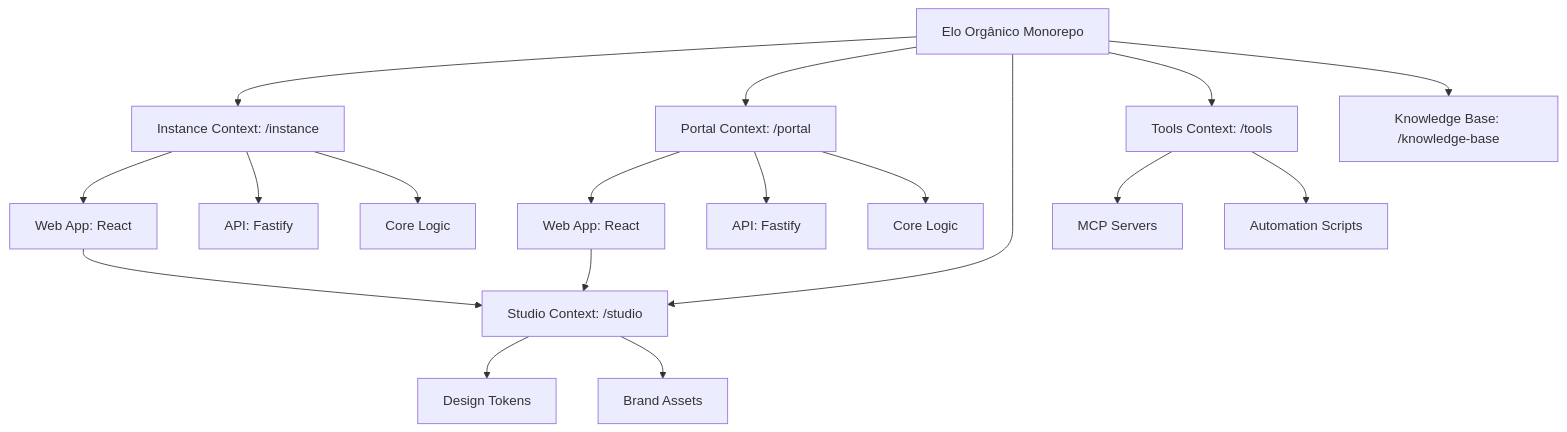
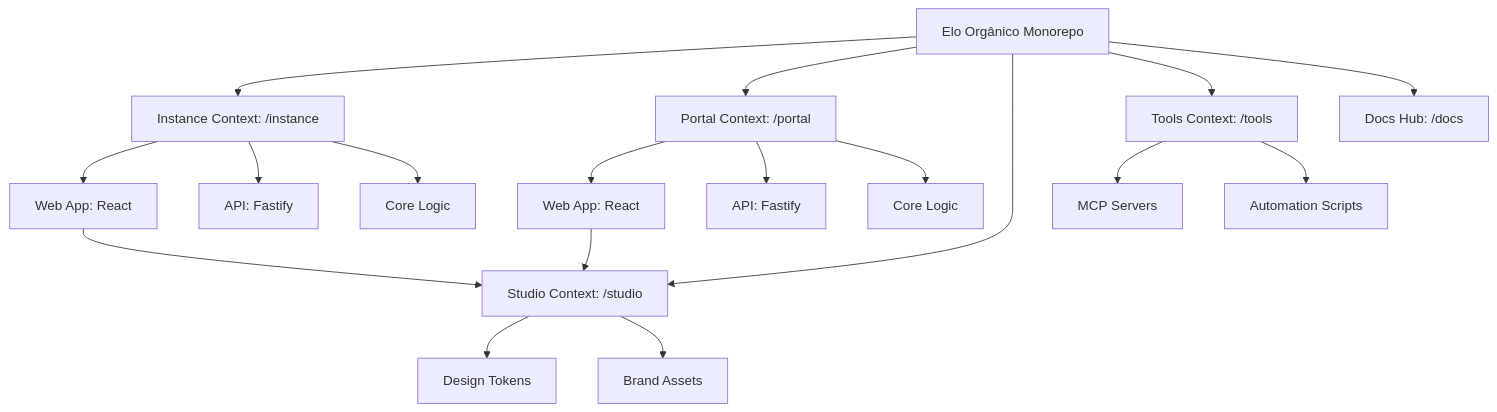
Before and after one commit to tupynambalucas/elo-organico: the diagram in docs/handbook/intro.mdx, drawn with Mermaid. The commit also changed other lines of this file and 37 other files, not shown here.

First line of the commit message:
refactor: rename knowledge-base to docs and update references

````diff
--- a/docs/handbook/intro.mdx
+++ b/docs/handbook/intro.mdx
@@ -13,26 +13,26 @@
 ```mermaid
 graph TD
     Root["Elo Orgânico Monorepo"]
     Root --> Instance["Instance Context: /instance"]
     Root --> Portal["Portal Context: /portal"]
     Root --> Studio["Studio Context: /studio"]
     Root --> Tools["Tools Context: /tools"]
-    Root --> Knowledge["Knowledge Base: /knowledge-base"]
+    Root --> Knowledge["Docs Hub: /docs"]
 
     Instance --> I_Web["Web App: React"]
     Instance --> I_API["API: Fastify"]
     Instance --> I_Core["Core Logic"]
 
     Portal --> P_Web["Web App: React"]
     Portal --> P_API["API: Fastify"]
     Portal --> P_Core["Core Logic"]
 
     Studio --> Tokens["Design Tokens"]
     Studio --> Assets["Brand Assets"]
 
     Tools --> MCP["MCP Servers"]
     Tools --> Scripts["Automation Scripts"]
 
     I_Web --> Studio
     P_Web --> Studio
 ```
````
